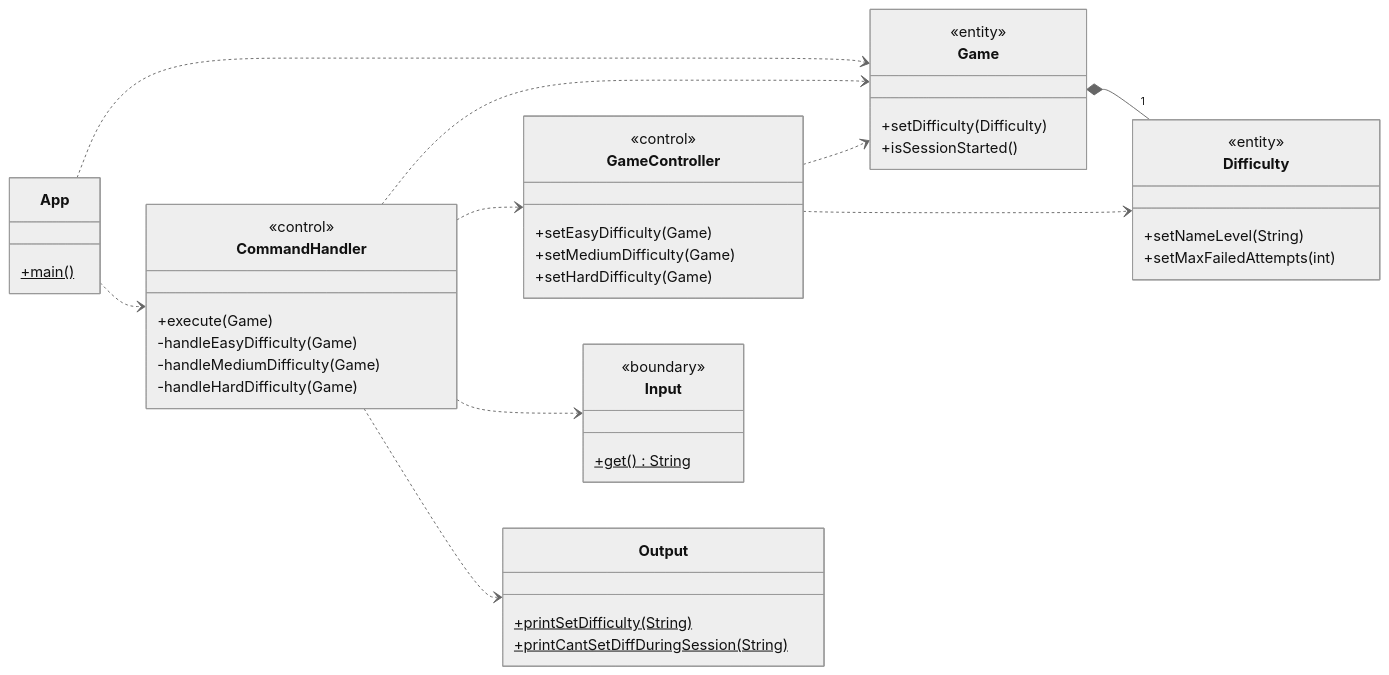
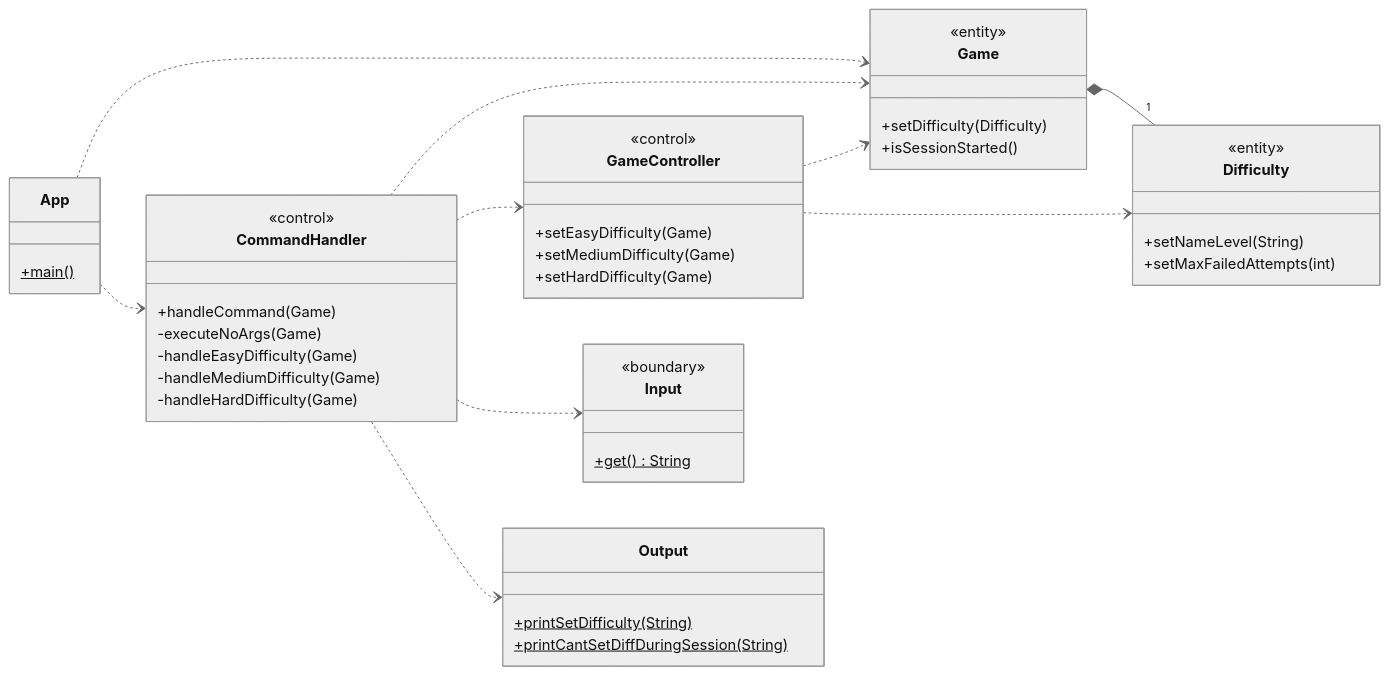
The fifth of 9 diagrams in docs/Report.md (softeng2223-inf-uniba/progetto2223-thacker), drawn with Mermaid (neutral theme) before and after one commit. The commit also changed other lines of this file, not shown here.

````diff
--- a/docs/Report.md
+++ b/docs/Report.md
@@ -416,59 +424,60 @@
 ```mermaid
 classDiagram
   direction LR
 
   class App {
     +main()$
   }
   
   App ..> Game
   App ..> CommandHandler
 
   class CommandHandler {
-    +execute(Game)
+    +handleCommand(Game)
+    -executeNoArgs(Game)
     -handleEasyDifficulty(Game)
     -handleMediumDifficulty(Game)
     -handleHardDifficulty(Game)
   }
   <<control>> CommandHandler
 
   CommandHandler ..> Game
   CommandHandler ..> GameController
   CommandHandler ..> Input
   CommandHandler ..> Output 
 
   class Input {
     +get()$ String
   }
   <<boundary>> Input
 
   class Output {
     +printSetDifficulty(String)$
     +printCantSetDiffDuringSession(String)$
   }
   <<boundary>> Input
 
   class GameController {
     +setEasyDifficulty(Game)
     +setMediumDifficulty(Game)
     +setHardDifficulty(Game)
   }
   <<control>> GameController
 
   GameController ..> Game
   GameController ..> Difficulty
 
   class Game {
     +setDifficulty(Difficulty)
     +isSessionStarted()
   }
   <<entity>> Game
 
   Game *-- "1" Difficulty
 
   class Difficulty {
     +setNameLevel(String)
     +setMaxFailedAttempts(int)
   }
   <<entity>> Difficulty
 ```
````
